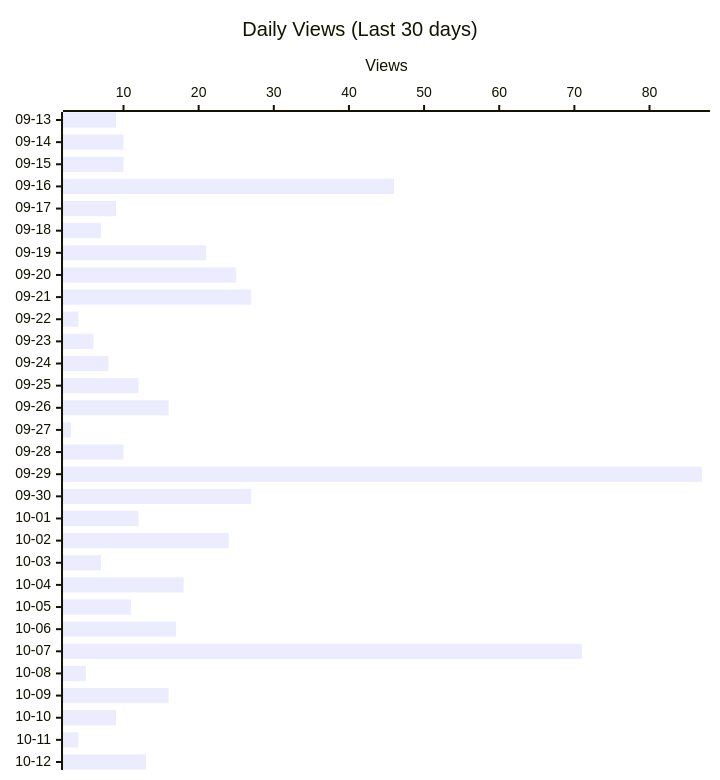
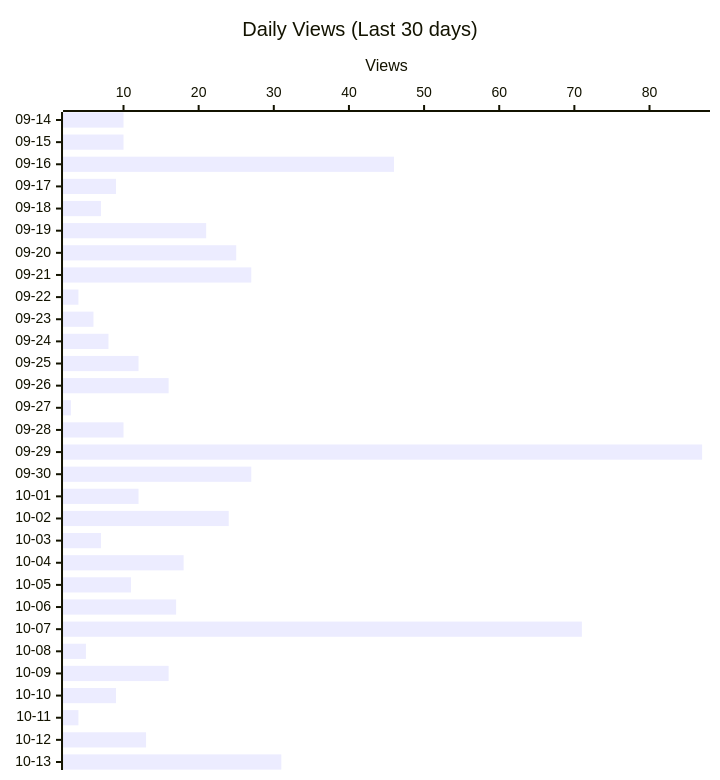
The second of 4 diagrams in README.md (shigechika/github-insights), drawn with Mermaid before and after one commit. The commit also changed other lines of this file and 2 other files, not shown here.

````diff
--- a/README.md
+++ b/README.md
@@ -28,12 +28,12 @@
 ```mermaid
 ---
 config:
   xyChart:
     height: 760
 ---
 xychart-beta horizontal
     title "Daily Views (Last 30 days)"
-    x-axis ["09-13", "09-14", "09-15", "09-16", "09-17", "09-18", "09-19", "09-20", "09-21", "09-22", "09-23", "09-24", "09-25", "09-26", "09-27", "09-28", "09-29", "09-30", "10-01", "10-02", "10-03", "10-04", "10-05", "10-06", "10-07", "10-08", "10-09", "10-10", "10-11", "10-12"]
+    x-axis ["09-14", "09-15", "09-16", "09-17", "09-18", "09-19", "09-20", "09-21", "09-22", "09-23", "09-24", "09-25", "09-26", "09-27", "09-28", "09-29", "09-30", "10-01", "10-02", "10-03", "10-04", "10-05", "10-06", "10-07", "10-08", "10-09", "10-10", "10-11", "10-12", "10-13"]
     y-axis "Views"
-    bar [9, 10, 10, 46, 9, 7, 21, 25, 27, 4, 6, 8, 12, 16, 3, 10, 87, 27, 12, 24, 7, 18, 11, 17, 71, 5, 16, 9, 4, 13]
+    bar [10, 10, 46, 9, 7, 21, 25, 27, 4, 6, 8, 12, 16, 3, 10, 87, 27, 12, 24, 7, 18, 11, 17, 71, 5, 16, 9, 4, 13, 31]
 ```
````
